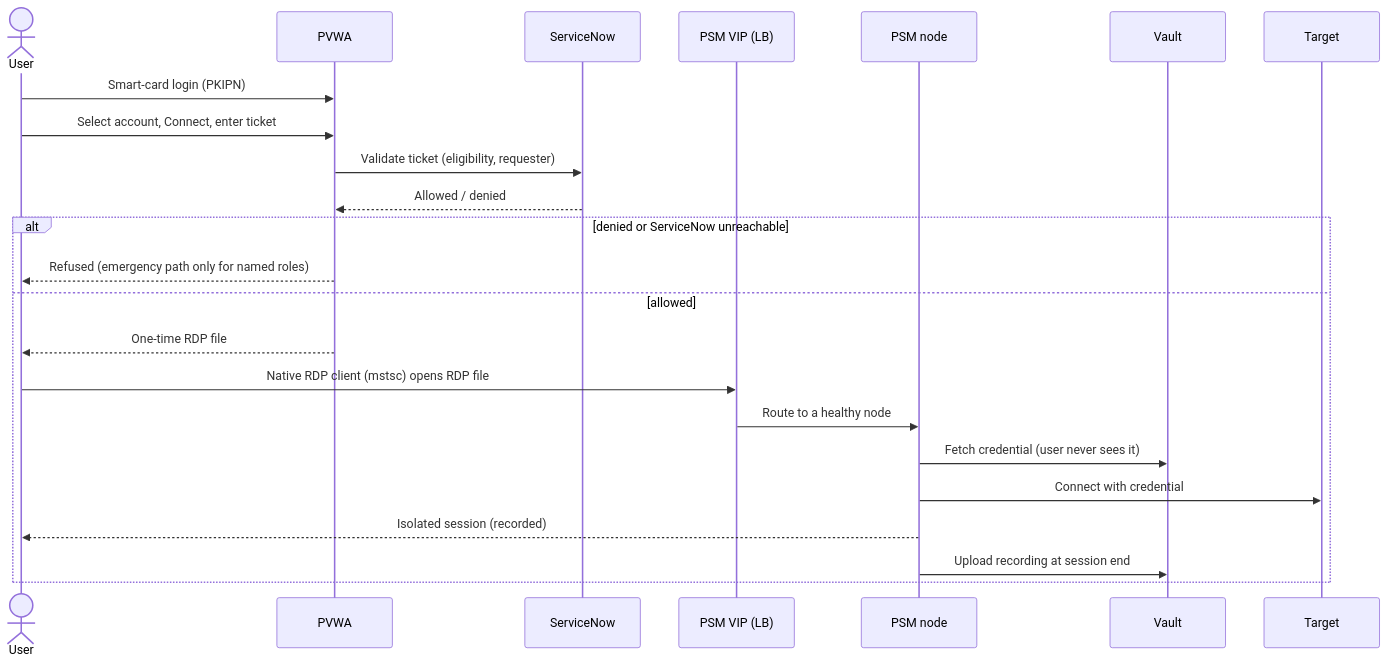
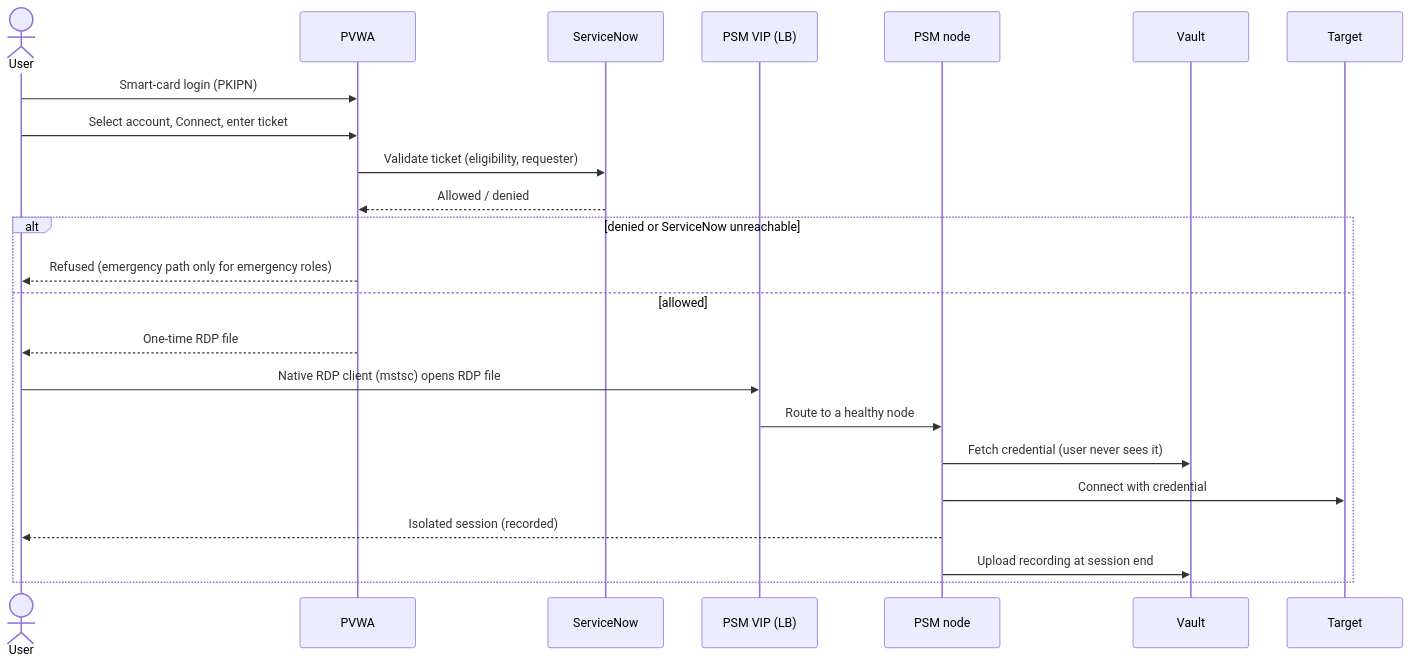
Before and after one commit to cnampalli/CB-Raap-Vault: the fourth of 11 diagrams in docs/cyberark-psm/impact-assessment.md, drawn with Mermaid. The commit also changed other lines of this file, not shown here.

````diff
--- a/docs/cyberark-psm/impact-assessment.md
+++ b/docs/cyberark-psm/impact-assessment.md
@@ -408,25 +515,25 @@
 ```mermaid
 sequenceDiagram
     actor U as User
     participant P as PVWA
     participant S as ServiceNow
     participant L as PSM VIP (LB)
     participant M as PSM node
     participant V as Vault
     participant T as Target
     U->>P: Smart-card login (PKIPN)
     U->>P: Select account, Connect, enter ticket
     P->>S: Validate ticket (eligibility, requester)
     S-->>P: Allowed / denied
     alt denied or ServiceNow unreachable
-        P-->>U: Refused (emergency path only for named roles)
+        P-->>U: Refused (emergency path only for emergency roles)
     else allowed
         P-->>U: One-time RDP file
         U->>L: Native RDP client (mstsc) opens RDP file
         L->>M: Route to a healthy node
         M->>V: Fetch credential (user never sees it)
         M->>T: Connect with credential
         M-->>U: Isolated session (recorded)
         M->>V: Upload recording at session end
     end
 ```
````
